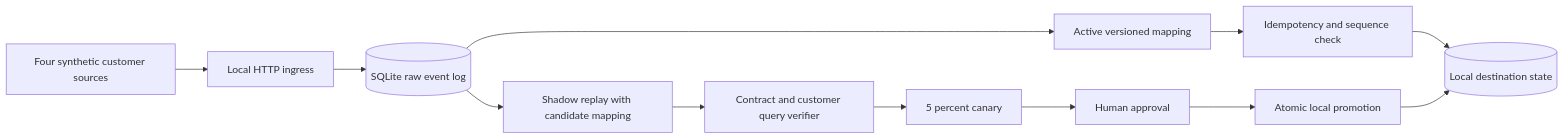
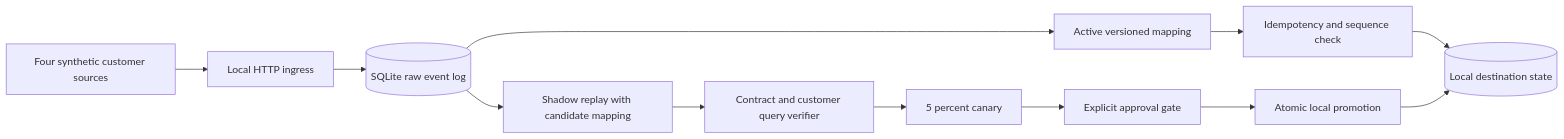
Before and after one commit to nikhils23j/fieldbridge-shadow-replay: the first of 2 diagrams in README.md, drawn with Mermaid. The commit also changed other lines of this file and 1 other file, not shown here.

Commit message:
Clarify local approval gate limitation

````diff
--- a/README.md
+++ b/README.md
@@ -15,14 +15,14 @@
 ```mermaid
 flowchart LR
     S[Four synthetic customer sources] --> H[Local HTTP ingress]
     H --> L[(SQLite raw event log)]
     L --> M[Active versioned mapping]
     M --> I[Idempotency and sequence check]
     I --> D[(Local destination state)]
     L --> R[Shadow replay with candidate mapping]
     R --> V[Contract and customer query verifier]
     V --> C[5 percent canary]
-    C --> A[Human approval]
+    C --> A[Explicit approval gate]
     A --> P[Atomic local promotion]
     P --> D
 ```
````
